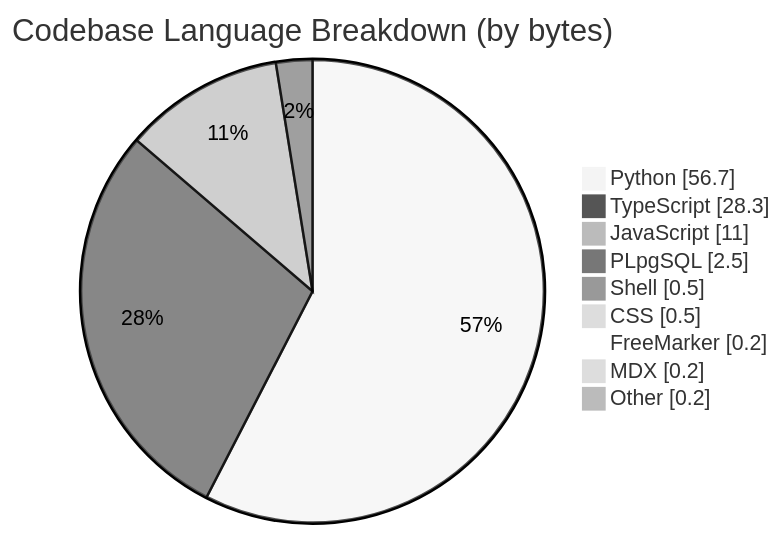
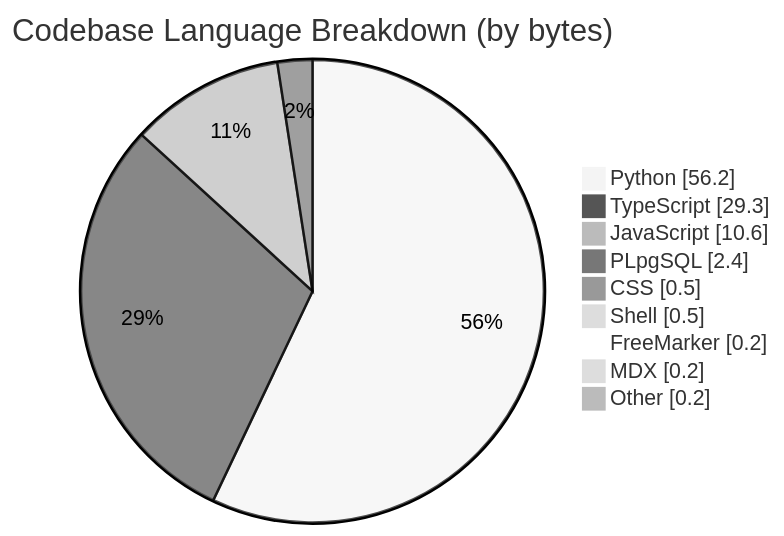
The third of 4 diagrams in profile/README.md (CSTH-Projects/.github), drawn with Mermaid (neutral theme) before and after one commit. The commit also changed other lines of this file, not shown here.

````diff
--- a/profile/README.md
+++ b/profile/README.md
@@ -63,13 +63,13 @@
 ```mermaid
 pie showData
     title Codebase Language Breakdown (by bytes)
-    "Python" : 56.7
-    "TypeScript" : 28.3
-    "JavaScript" : 11.0
-    "PLpgSQL" : 2.5
+    "Python" : 56.2
+    "TypeScript" : 29.3
+    "JavaScript" : 10.6
+    "PLpgSQL" : 2.4
+    "CSS" : 0.5
     "Shell" : 0.5
-    "CSS" : 0.5
     "FreeMarker" : 0.2
     "MDX" : 0.2
     "Other" : 0.2
 ```
````
